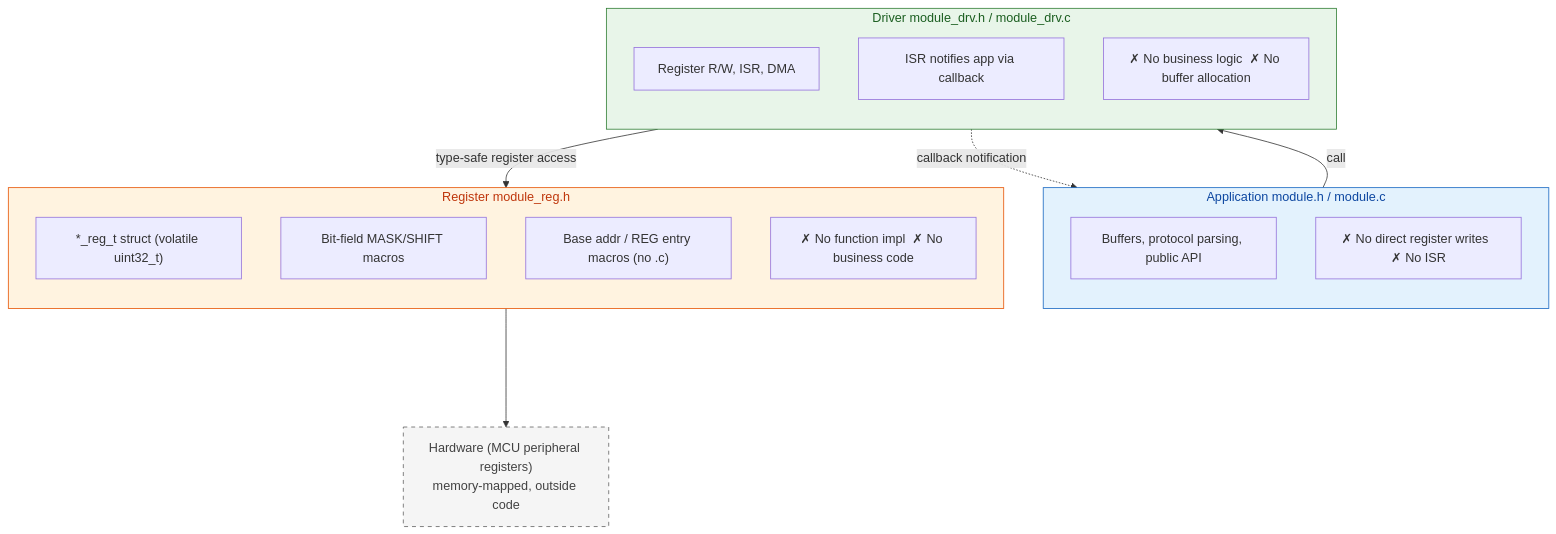
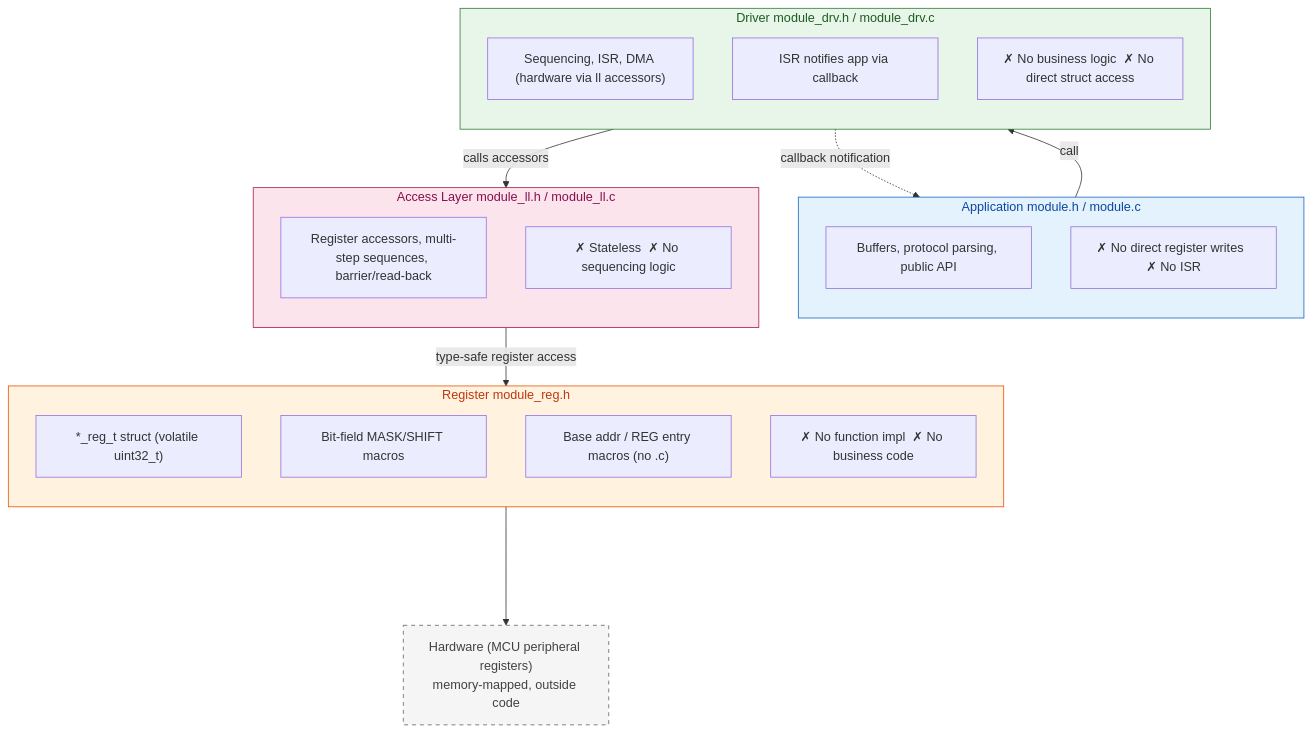
The diagram in README_EN.md (leon-2050/embedded-code-skill), drawn with Mermaid before and after one commit. The commit also changed other lines of this file and 4 other files, not shown here.

````diff
--- a/README_EN.md
+++ b/README_EN.md
@@ -23,35 +23,43 @@
 ```mermaid
 flowchart TB
     subgraph APP["Application  module.h / module.c"]
         direction TB
         A1["Buffers, protocol parsing, public API"]
         A_ban["✗ No direct register writes  ✗ No ISR"]
     end
 
     subgraph DRV["Driver  module_drv.h / module_drv.c"]
         direction TB
-        D1["Register R/W, ISR, DMA"]
+        D1["Sequencing, ISR, DMA (hardware via ll accessors)"]
         D2["ISR notifies app via callback"]
-        D_ban["✗ No business logic  ✗ No buffer allocation"]
+        D_ban["✗ No business logic  ✗ No direct struct access"]
+    end
+
+    subgraph LL["Access Layer  module_ll.h / module_ll.c"]
+        direction TB
+        L1["Register accessors, multi-step sequences, barrier/read-back"]
+        L_ban["✗ Stateless  ✗ No sequencing logic"]
     end
 
     subgraph REG["Register  module_reg.h"]
         direction TB
         R1["*_reg_t struct (volatile uint32_t)"]
         R2["Bit-field MASK/SHIFT macros"]
         R3["Base addr / REG entry macros (no .c)"]
         R_ban["✗ No function impl  ✗ No business code"]
     end
 
     HW["Hardware (MCU peripheral registers)<br/>memory-mapped, outside code"]
 
     APP -->|call| DRV
     DRV -.->|callback notification| APP
-    DRV -->|type-safe register access| REG
+    DRV -->|calls accessors| LL
+    LL -->|type-safe register access| REG
     REG ----> HW
 
     style APP fill:#e3f2fd,stroke:#1565c0,color:#0d47a1
     style DRV fill:#e8f5e9,stroke:#2e7d32,color:#1b5e20
+    style LL fill:#fce4ec,stroke:#ad1457,color:#880e4f
     style REG fill:#fff3e0,stroke:#e65100,color:#bf360c
     style HW fill:#f5f5f5,stroke:#616161,color:#424242,stroke-dasharray: 5 5
 ```
````
